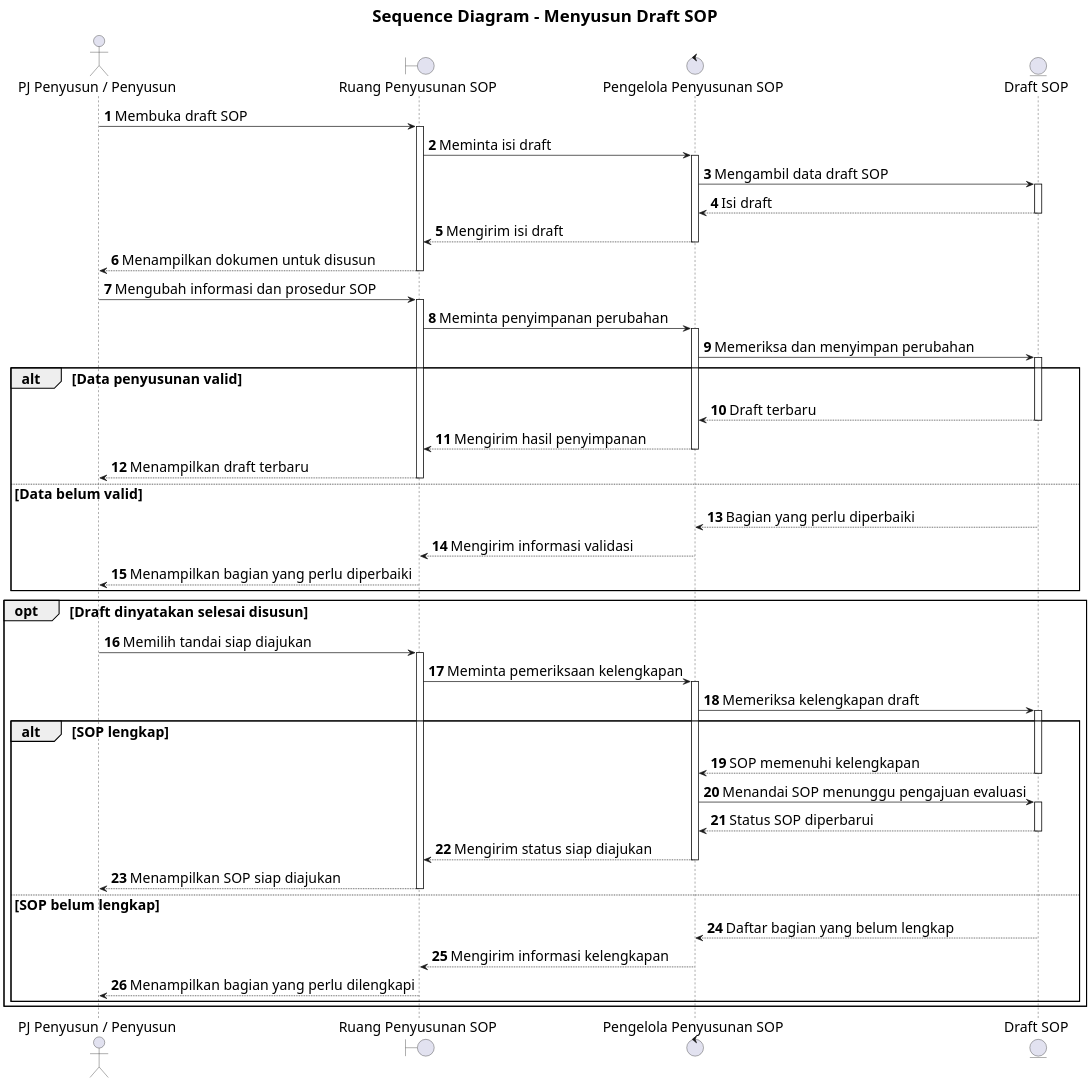
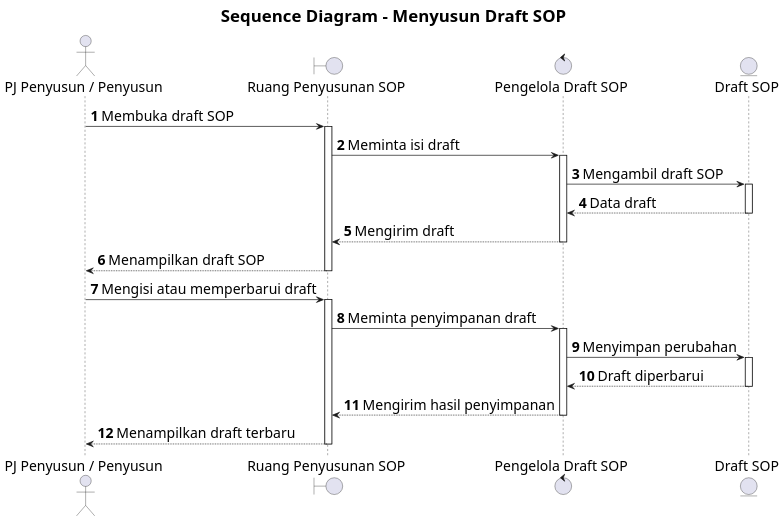
One commit to howlil/sop-generate-app changed the diagram in docs/sequence/pj-penyusun-penyusun-menyusun-draft-sop.md. Above: the diagram before and after it, drawn with PlantUML. The commit also changed other lines of this file and 20 other files, not shown here.

Commit message:
docs(sequence): simplify interaction detail across use cases

````diff
--- a/docs/sequence/pj-penyusun-penyusun-menyusun-draft-sop.md
+++ b/docs/sequence/pj-penyusun-penyusun-menyusun-draft-sop.md
@@ -16,55 +16,31 @@
 ```plantuml
 @startuml
 skinparam defaultFontSize 20
 skinparam titleFontSize 24
 skinparam dpi 160
 
 title Sequence Diagram - Menyusun Draft SOP
 autonumber
 autoactivate on
 
 actor "PJ Penyusun / Penyusun" as A
 boundary "Ruang Penyusunan SOP" as B
-control "Pengelola Penyusunan SOP" as C
+control "Pengelola Draft SOP" as C
 entity "Draft SOP" as D
 
 A -> B : Membuka draft SOP
 B -> C : Meminta isi draft
-C -> D : Mengambil data draft SOP
-D --> C : Isi draft
-C --> B : Mengirim isi draft
-B --> A : Menampilkan dokumen untuk disusun
+C -> D : Mengambil draft SOP
+D --> C : Data draft
+C --> B : Mengirim draft
+B --> A : Menampilkan draft SOP
 
-A -> B : Mengubah informasi dan prosedur SOP
-B -> C : Meminta penyimpanan perubahan
-C -> D : Memeriksa dan menyimpan perubahan
-
-alt Data penyusunan valid
-  D --> C : Draft terbaru
-  C --> B : Mengirim hasil penyimpanan
-  B --> A : Menampilkan draft terbaru
-else Data belum valid
-  D --> C : Bagian yang perlu diperbaiki
-  C --> B : Mengirim informasi validasi
-  B --> A : Menampilkan bagian yang perlu diperbaiki
-end
-
-opt Draft dinyatakan selesai disusun
-  A -> B : Memilih tandai siap diajukan
-  B -> C : Meminta pemeriksaan kelengkapan
-  C -> D : Memeriksa kelengkapan draft
-  alt SOP lengkap
-    D --> C : SOP memenuhi kelengkapan
-    C -> D : Menandai SOP menunggu pengajuan evaluasi
-    D --> C : Status SOP diperbarui
-    C --> B : Mengirim status siap diajukan
-    B --> A : Menampilkan SOP siap diajukan
-  else SOP belum lengkap
-    D --> C : Daftar bagian yang belum lengkap
-    C --> B : Mengirim informasi kelengkapan
-    B --> A : Menampilkan bagian yang perlu dilengkapi
-  end
-end
+A -> B : Mengisi atau memperbarui draft
+B -> C : Meminta penyimpanan draft
+C -> D : Menyimpan perubahan
+D --> C : Draft diperbarui
+C --> B : Mengirim hasil penyimpanan
+B --> A : Menampilkan draft terbaru
 
 @enduml
 ```
````
